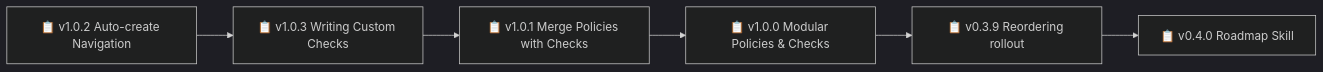
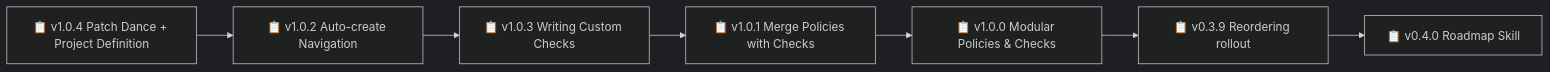
The diagram in backstage/ROADMAP.md (nonlinear/backstage), drawn with Mermaid (dark theme) before and after one commit. The commit also changed other lines of this file and 2 other files, not shown here.

Commit message:
Add v1.0.4 patch epic: Patch dance + project definition + skill publish warning

````diff
--- a/backstage/ROADMAP.md
+++ b/backstage/ROADMAP.md
@@ -24,14 +24,16 @@
 ```mermaid
 graph LR
-    A[📋 v1.0.2 Auto-create Navigation]
-    B[📋 v1.0.3 Writing Custom Checks]
+    A[📋 v1.0.4 Patch Dance + Project Definition]
+    B[📋 v1.0.2 Auto-create Navigation]
     A --> B
-    C[📋 v1.0.1 Merge Policies with Checks]
+    C[📋 v1.0.3 Writing Custom Checks]
     B --> C
-    D[📋 v1.0.0 Modular Policies & Checks]
+    D[📋 v1.0.1 Merge Policies with Checks]
     C --> D
-    E[📋 v0.3.9 Reordering rollout]
+    E[📋 v1.0.0 Modular Policies & Checks]
     D --> E
-    F[📋 v0.4.0 Roadmap Skill]
+    F[📋 v0.3.9 Reordering rollout]
     E --> F
+    G[📋 v0.4.0 Roadmap Skill]
+    F --> G
 ```
````
